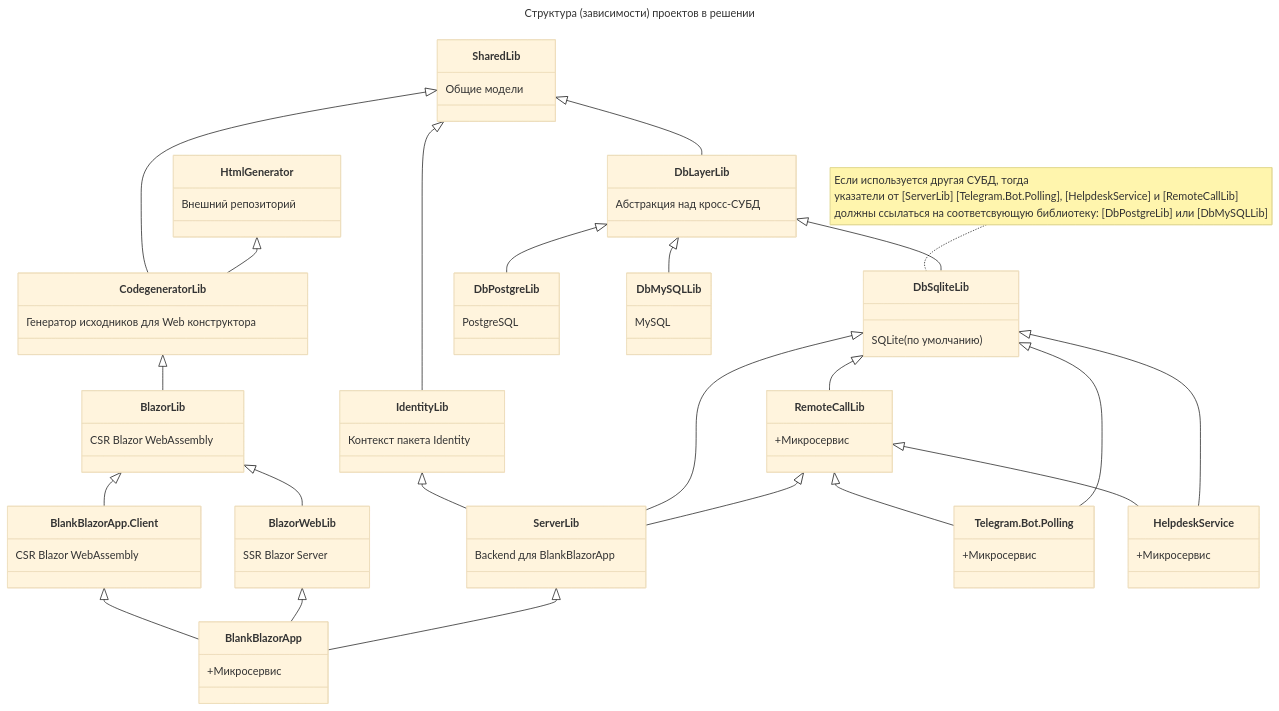
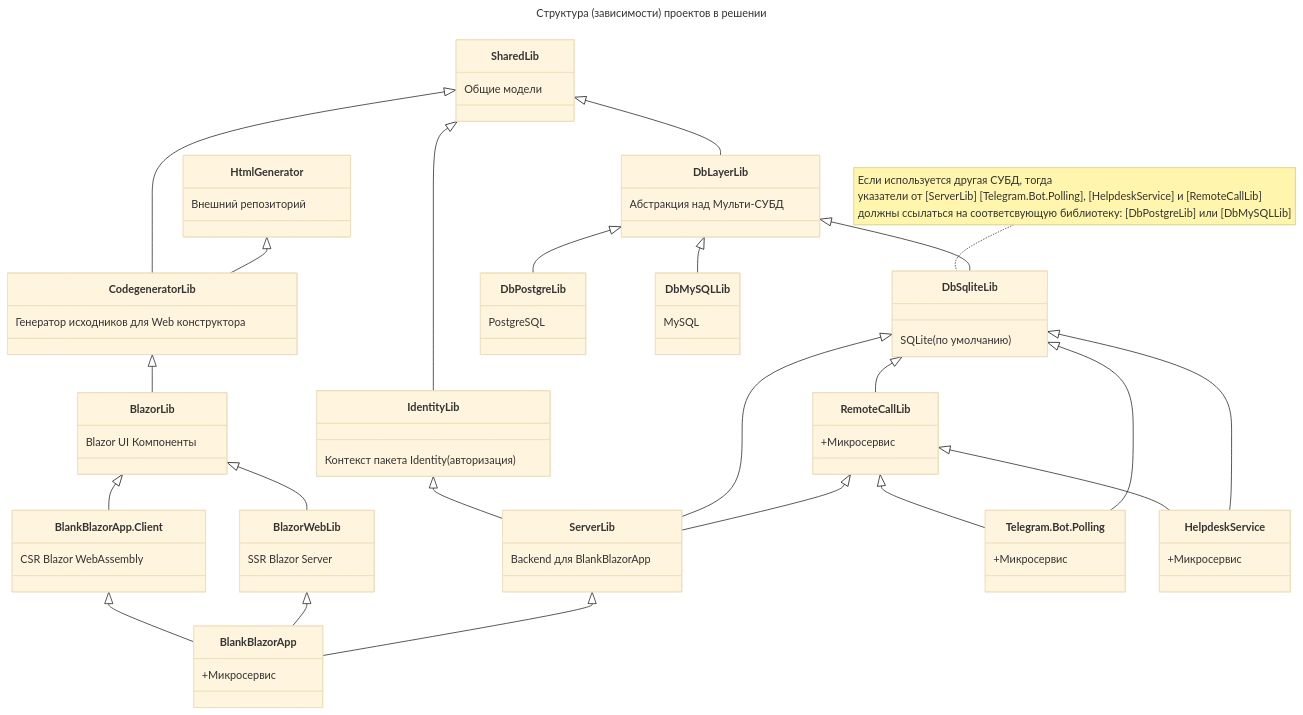
One commit to badhitman/DesignerApp changed the diagram in README.md. Above: the diagram before and after it, drawn with Mermaid (base theme).

````diff
--- a/README.md
+++ b/README.md
@@ -19,77 +19,77 @@
 ```mermaid
 ---
 title: Структура (зависимости) проектов в решении
 ---
 classDiagram
 note for DbSqliteLib "Если используется другая СУБД, тогда
 указатели  от [ServerLib] [Telegram.Bot.Polling], [HelpdeskService] и [RemoteCallLib]
 должны ссылаться на соответсвующую библиотеку: [DbPostgreLib] или [DbMySQLLib]"
     SharedLib <|-- CodegeneratorLib
     SharedLib <|-- IdentityLib
     SharedLib <|-- DbLayerLib
     SharedLib : Общие модели
     IdentityLib <|-- ServerLib
     DbSqliteLib <|-- ServerLib
     RemoteCallLib <|-- ServerLib
     CodegeneratorLib <|-- BlazorLib
     HtmlGenerator <|-- CodegeneratorLib
     DbLayerLib <|-- DbSqliteLib
     DbLayerLib <|-- DbPostgreLib
     DbLayerLib <|-- DbMySQLLib
 	DbSqliteLib <|-- RemoteCallLib
     BlankBlazorApp_Client  <|-- BlankBlazorApp
 	BlazorWebLib  <|-- BlankBlazorApp
 	ServerLib  <|-- BlankBlazorApp
     RemoteCallLib <|-- Telegram_Bot_Polling
 	DbSqliteLib <|-- Telegram_Bot_Polling
     RemoteCallLib <|-- HelpdeskService
 	DbSqliteLib <|-- HelpdeskService
     BlazorLib <|-- BlazorWebLib
     BlazorLib <|-- BlankBlazorApp_Client
     	
     class CodegeneratorLib{
         Генератор исходников для Web конструктора
     }
     class IdentityLib{
-        Контекст пакета Identity
+        Контекст пакета Identity (авторизация)
     }
     class DbLayerLib{
-        Абстракция над кросс-СУБД
+        Абстракция над Мульти-СУБД
     }
     class ServerLib{
         Backend для BlankBlazorApp
     }
     class BlazorLib{
-        CSR Blazor WebAssembly
+        Blazor UI Компоненты
     }
     class DbSqliteLib{
         SQLite (по умолчанию)
     }
     class DbPostgreLib{
         PostgreSQL
     }
     class DbMySQLLib{
         MySQL
     }
     class RemoteCallLib{
         +Микросервис
     }
     class HtmlGenerator{
         Внешний репозиторий
     }
     class BlankBlazorApp{
         +Микросервис
     }
     class BlankBlazorApp_Client["BlankBlazorApp.Client"]{
         CSR Blazor WebAssembly
     }
     class Telegram_Bot_Polling["Telegram.Bot.Polling"]{
         +Микросервис
     }
     class BlazorWebLib{
         SSR Blazor Server
     }
     class HelpdeskService{
-        +Микросервис
+        +Микросервис        
     }
 ```
````
